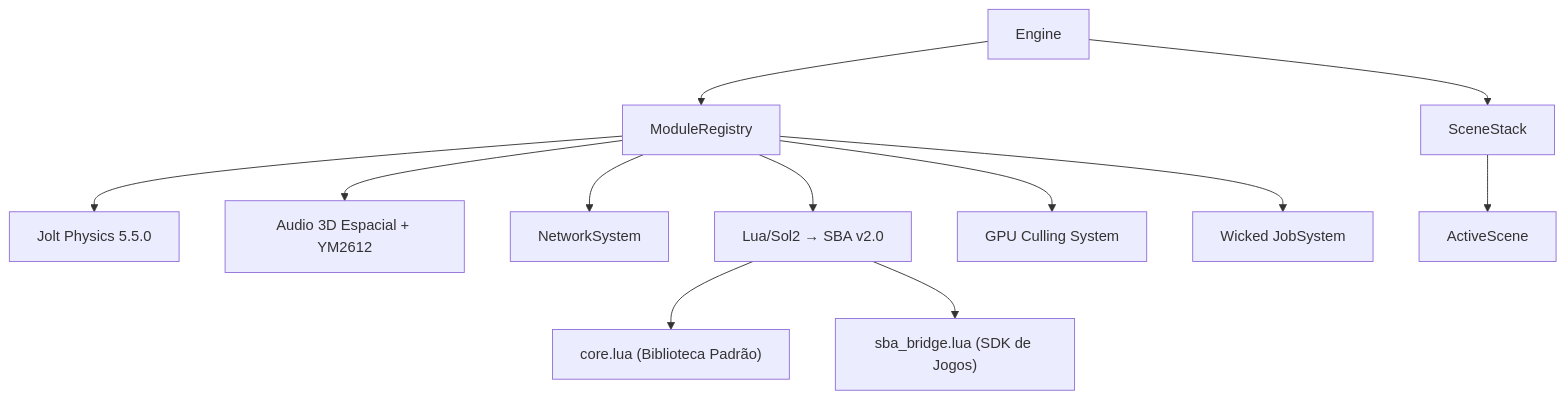
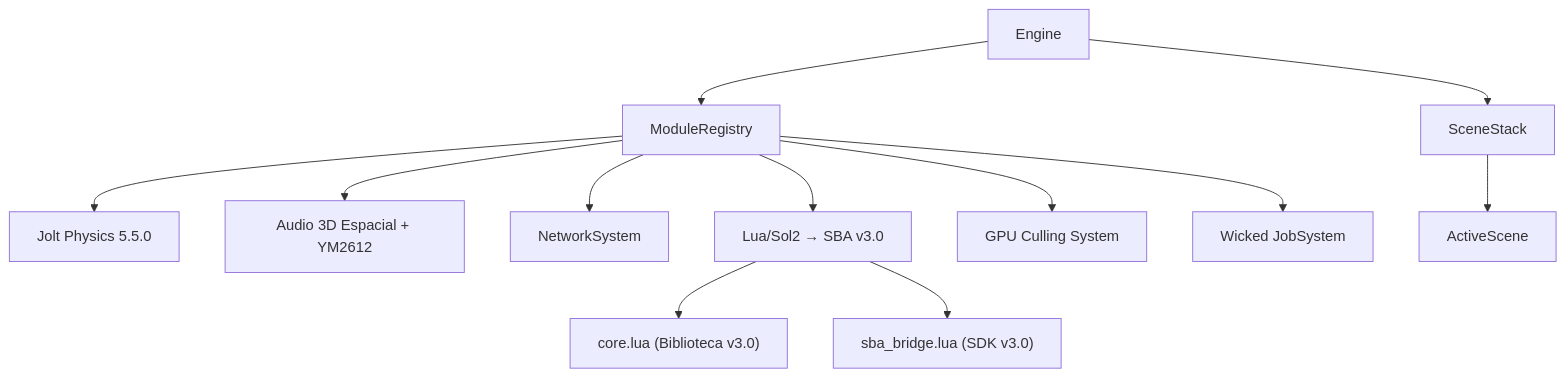
Before and after one commit to DragonBlackOne/Starlight-Engine-1.0: the first of 2 diagrams in StarlightEngine/docs/ARCHITECTURE.pt-br.md, drawn with Mermaid. The commit also changed other lines of this file and 202 other files, not shown here.

````diff
--- a/StarlightEngine/docs/ARCHITECTURE.pt-br.md
+++ b/StarlightEngine/docs/ARCHITECTURE.pt-br.md
@@ -13,14 +13,14 @@
 ```mermaid
 graph TD
     Engine --> SceneStack
     Engine --> ModuleRegistry
     ModuleRegistry --> PhysicsSystem["Jolt Physics 5.5.0"]
     ModuleRegistry --> AudioSystem["Audio 3D Espacial + YM2612"]
     ModuleRegistry --> NetworkSystem
-    ModuleRegistry --> ScriptSystem["Lua/Sol2 → SBA v2.0"]
+    ModuleRegistry --> ScriptSystem["Lua/Sol2 → SBA v3.0"]
     ModuleRegistry --> GPUCulling["GPU Culling System"]
     ModuleRegistry --> JobSystem["Wicked JobSystem"]
     SceneStack --> ActiveScene
-    ScriptSystem --> CoreLua["core.lua (Biblioteca Padrão)"]
-    ScriptSystem --> SBABridge["sba_bridge.lua (SDK de Jogos)"]
+    ScriptSystem --> CoreLua["core.lua (Biblioteca v3.0)"]
+    ScriptSystem --> SBABridge["sba_bridge.lua (SDK v3.0)"]
 ```
````
